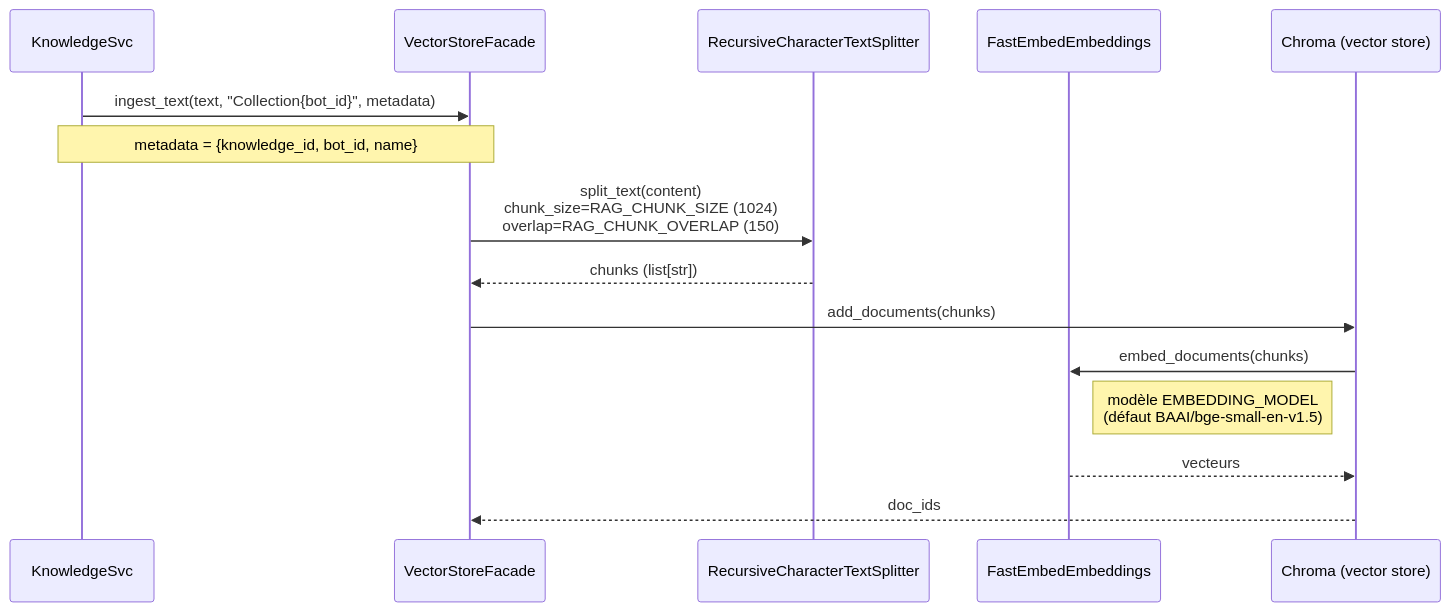
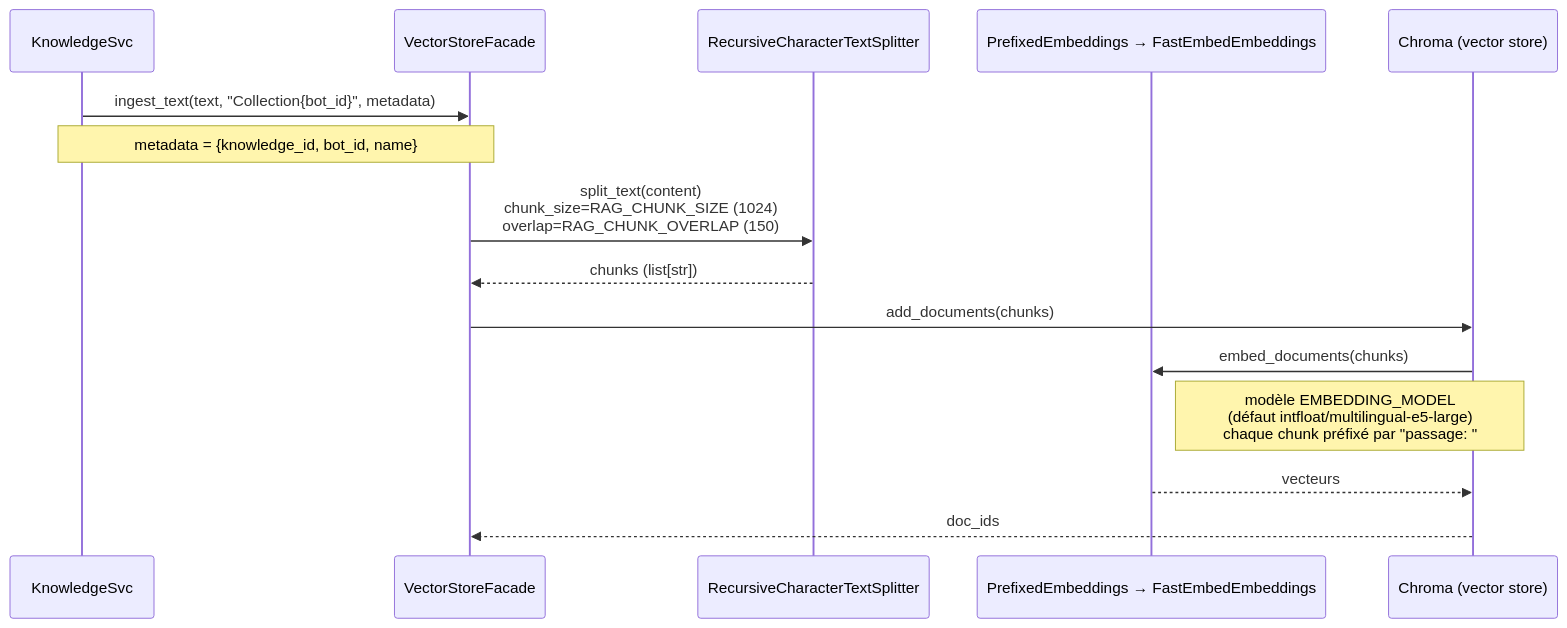
Before and after one commit to pierrefaraco/bot-factory: the second of 6 diagrams in server/doc/LANGCHAIN_ARCHITECTURE.md, drawn with Mermaid. The commit also changed other lines of this file, not shown here.

First line of the commit message:
Bring LANGCHAIN_ARCHITECTURE.md up to date with the code

````diff
--- a/server/doc/LANGCHAIN_ARCHITECTURE.md
+++ b/server/doc/LANGCHAIN_ARCHITECTURE.md
@@ -77,18 +86,18 @@
 ```mermaid
 sequenceDiagram
     participant KS as KnowledgeSvc
     participant CDB as VectorStoreFacade
     participant Split as RecursiveCharacterTextSplitter
-    participant Embed as FastEmbedEmbeddings
+    participant Embed as PrefixedEmbeddings → FastEmbedEmbeddings
     participant Chroma as Chroma (vector store)
 
     KS->>CDB: ingest_text(text, "Collection{bot_id}", metadata)
     Note over KS,CDB: metadata = {knowledge_id, bot_id, name}
     CDB->>Split: split_text(content)<br/>chunk_size=RAG_CHUNK_SIZE (1024)<br/>overlap=RAG_CHUNK_OVERLAP (150)
     Split-->>CDB: chunks (list[str])
     CDB->>Chroma: add_documents(chunks)
     Chroma->>Embed: embed_documents(chunks)
-    Note right of Embed: modèle EMBEDDING_MODEL<br/>(défaut BAAI/bge-small-en-v1.5)
+    Note right of Embed: modèle EMBEDDING_MODEL<br/>(défaut intfloat/multilingual-e5-large)<br/>chaque chunk préfixé par "passage: "
     Embed-->>Chroma: vecteurs
     Chroma-->>CDB: doc_ids
 ```
````
